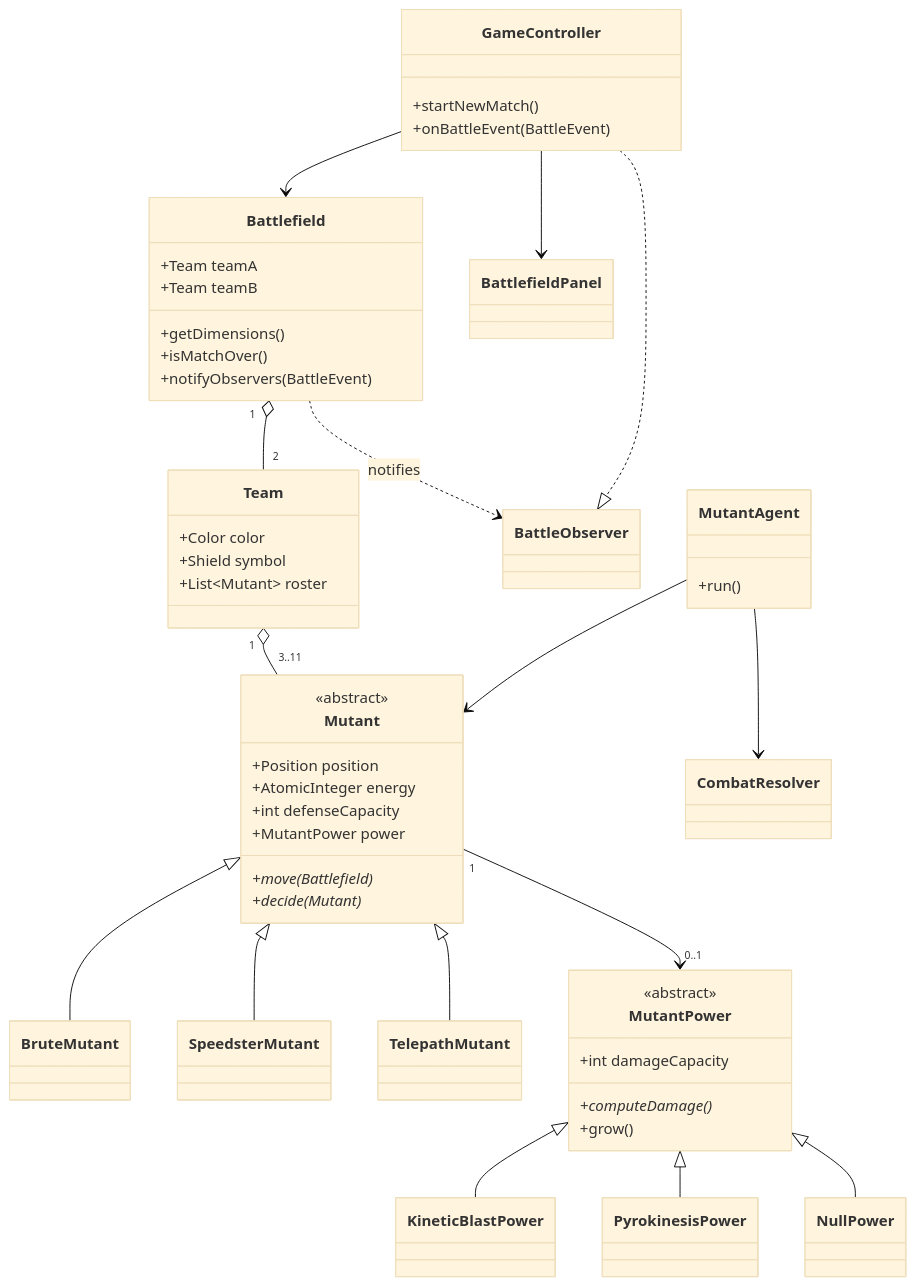
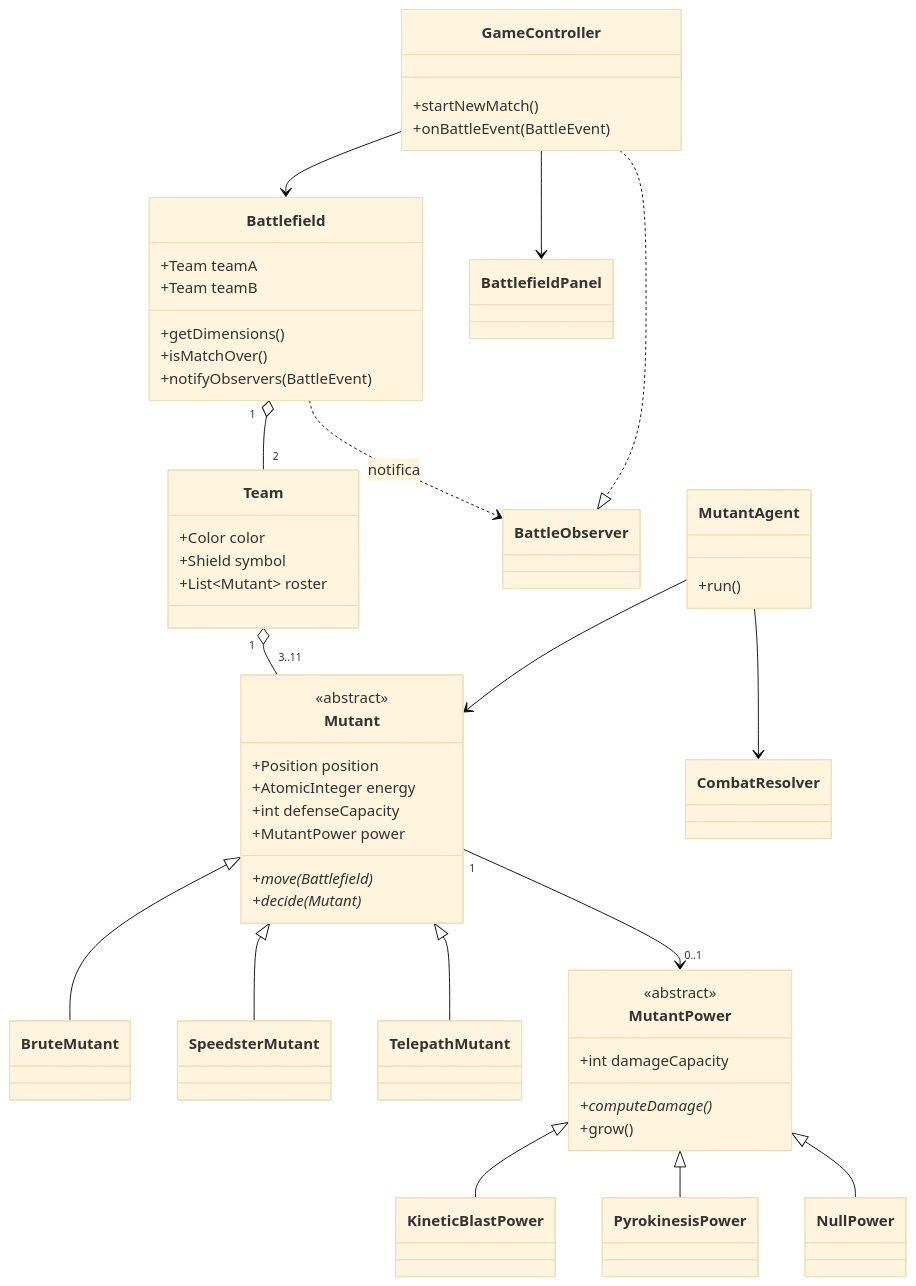
Before and after one commit to AndyQuirosSalazar/Mutant-Batle: the diagram in README.md, drawn with Mermaid (base theme). The commit also changed other lines of this file, not shown here.

````diff
--- a/README.md
+++ b/README.md
@@ -197,58 +153,58 @@
 ```mermaid
 classDiagram
     class Mutant {
         <<abstract>>
         +Position position
         +AtomicInteger energy
         +int defenseCapacity
         +MutantPower power
         +move(Battlefield)*
         +decide(Mutant)*
     }
     Mutant <|-- BruteMutant
     Mutant <|-- SpeedsterMutant
     Mutant <|-- TelepathMutant
 
     class MutantPower {
         <<abstract>>
         +int damageCapacity
         +computeDamage()*
         +grow()
     }
     MutantPower <|-- KineticBlastPower
     MutantPower <|-- PyrokinesisPower
     MutantPower <|-- NullPower
 
     Mutant "1" --> "0..1" MutantPower
 
     class Team {
         +Color color
         +Shield symbol
         +List~Mutant~ roster
     }
     Team "1" o-- "3..11" Mutant
 
     class Battlefield {
         +Team teamA
         +Team teamB
         +getDimensions()
         +isMatchOver()
         +notifyObservers(BattleEvent)
     }
     Battlefield "1" o-- "2" Team
-    Battlefield ..> BattleObserver : notifies
+    Battlefield ..> BattleObserver : notifica
 
     class MutantAgent {
         +run()
     }
     MutantAgent --> Mutant
     MutantAgent --> CombatResolver
 
     class GameController {
         +startNewMatch()
         +onBattleEvent(BattleEvent)
     }
     GameController ..|> BattleObserver
     GameController --> Battlefield
     GameController --> BattlefieldPanel
 ```
````
